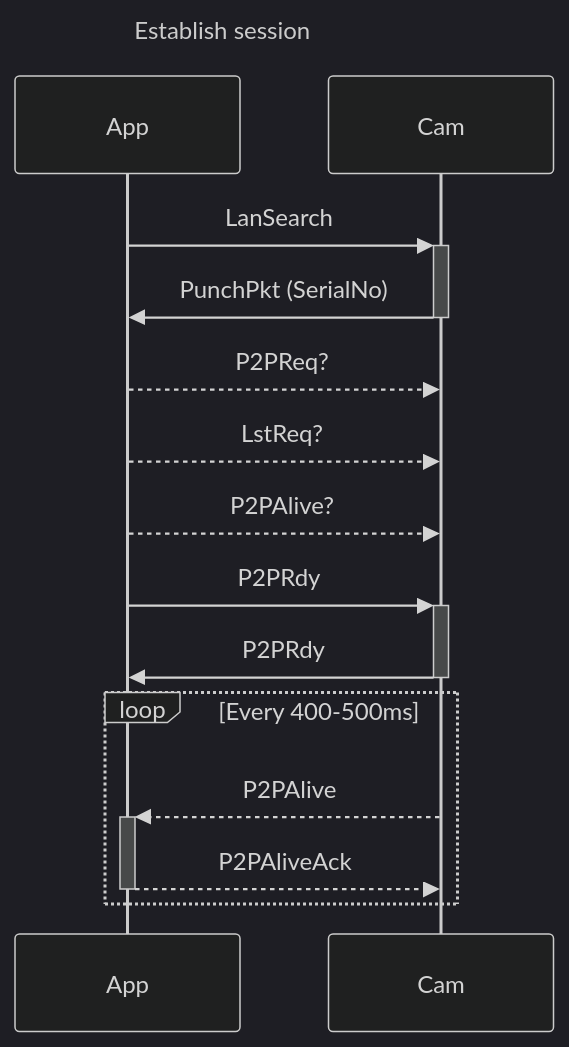
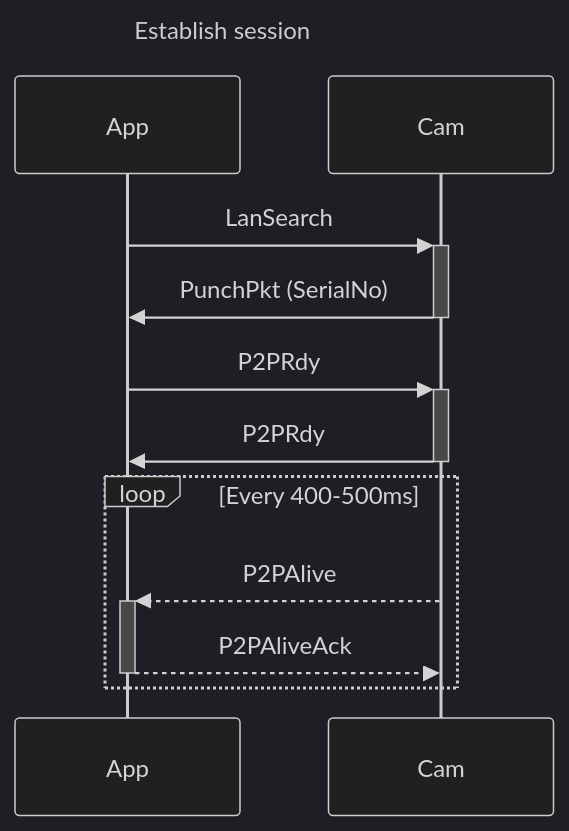
Before and after one commit to DavidVentura/cam-reverse: the diagram in proto_diag.md, drawn with Mermaid (dark theme).

Commit message:
remove unused

````diff
--- a/proto_diag.md
+++ b/proto_diag.md
@@ -1,19 +1,16 @@
 ```mermaid
 ---
 title: Establish session
 ---
 
 sequenceDiagram
     App->>+Cam: LanSearch
     Cam->>-App: PunchPkt (SerialNo)
-    App-->>Cam: P2PReq?
-    App-->>Cam: LstReq?
-    App-->>Cam: P2PAlive?
     App->>+Cam: P2PRdy
     Cam->>-App: P2PRdy
    
    loop Every 400-500ms
         Cam-->>+App: P2PAlive
         App-->>-Cam: P2PAliveAck
     end
 ```
````
